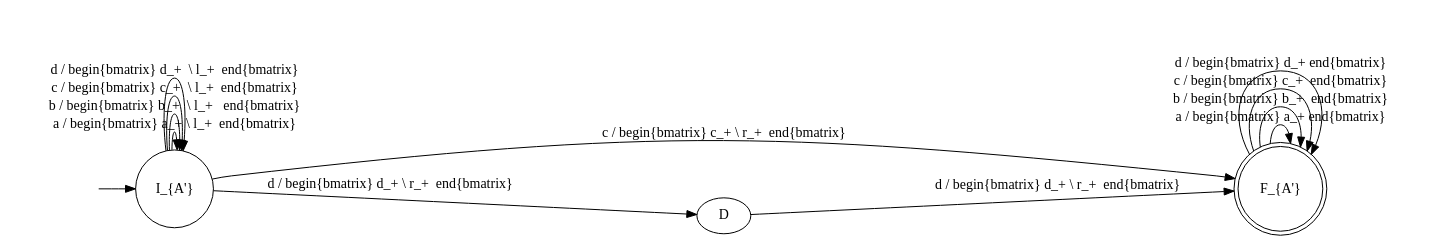
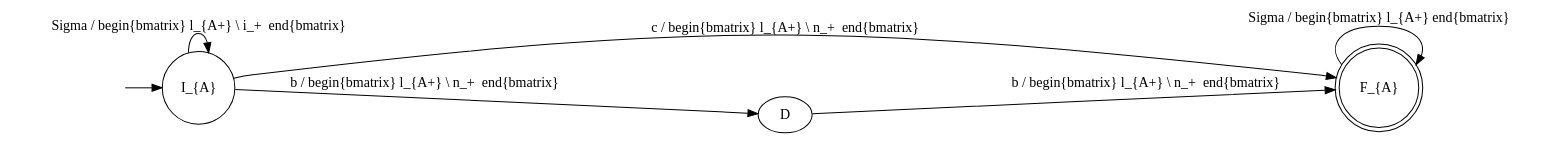
One commit to amandasystems/incremental-parikh-images changed the diagram in a.dot. Above: the diagram before and after it, drawn with Graphviz. The commit also changed 9 other files, not shown here.

```diff
--- a/a.dot
+++ b/a.dot
@@ -1,21 +1,15 @@
 digraph Automaton {rankdir = LR;
 initial [shape=plaintext,label=""];
 initial -> S;
-C [shape=doublecircle,label="F_{A'}"];
+C [shape=doublecircle,label="F_{A}"];
 
-C -> C [label="a / \begin{bmatrix} a_+ \end{bmatrix}"]
-C -> C [label="b / \begin{bmatrix} b_+  \end{bmatrix}"]
-C -> C [label="c / \begin{bmatrix} c_+  \end{bmatrix}"]
-C -> C [label="d / \begin{bmatrix} d_+ \end{bmatrix}"]
+C -> C [label="\Sigma / \begin{bmatrix} l_{A+} \end{bmatrix}"]
 
-S [shape=circle,label="I_{A'}"];
-S -> S [label="a / \begin{bmatrix} a_+ \\ l_+  \end{bmatrix}"]
-S -> S [label="b / \begin{bmatrix} b_+  \\ l_+   \end{bmatrix}"]
-S -> S [label="c / \begin{bmatrix} c_+  \\ l_+  \end{bmatrix}"]
-S -> S [label="d / \begin{bmatrix} d_+  \\ l_+  \end{bmatrix}"]
+S [shape=circle,label="I_{A}"];
+S -> S [label="\Sigma / \begin{bmatrix} l_{A+} \\ i_+  \end{bmatrix}"]
 
-S -> C [label="c / \begin{bmatrix} c_+ \\ r_+  \end{bmatrix}"]
+S -> C [label="c / \begin{bmatrix} l_{A+} \\ n_+  \end{bmatrix}"]
 
-S -> D [label="d / \begin{bmatrix} d_+ \\ r_+  \end{bmatrix}"]
-D -> C [label="d / \begin{bmatrix} d_+ \\ r_+  \end{bmatrix}"]
+S -> D [label="b / \begin{bmatrix} l_{A+} \\ n_+  \end{bmatrix}"]
+D -> C [label="b / \begin{bmatrix} l_{A+} \\ n_+  \end{bmatrix}"]
 }
```
